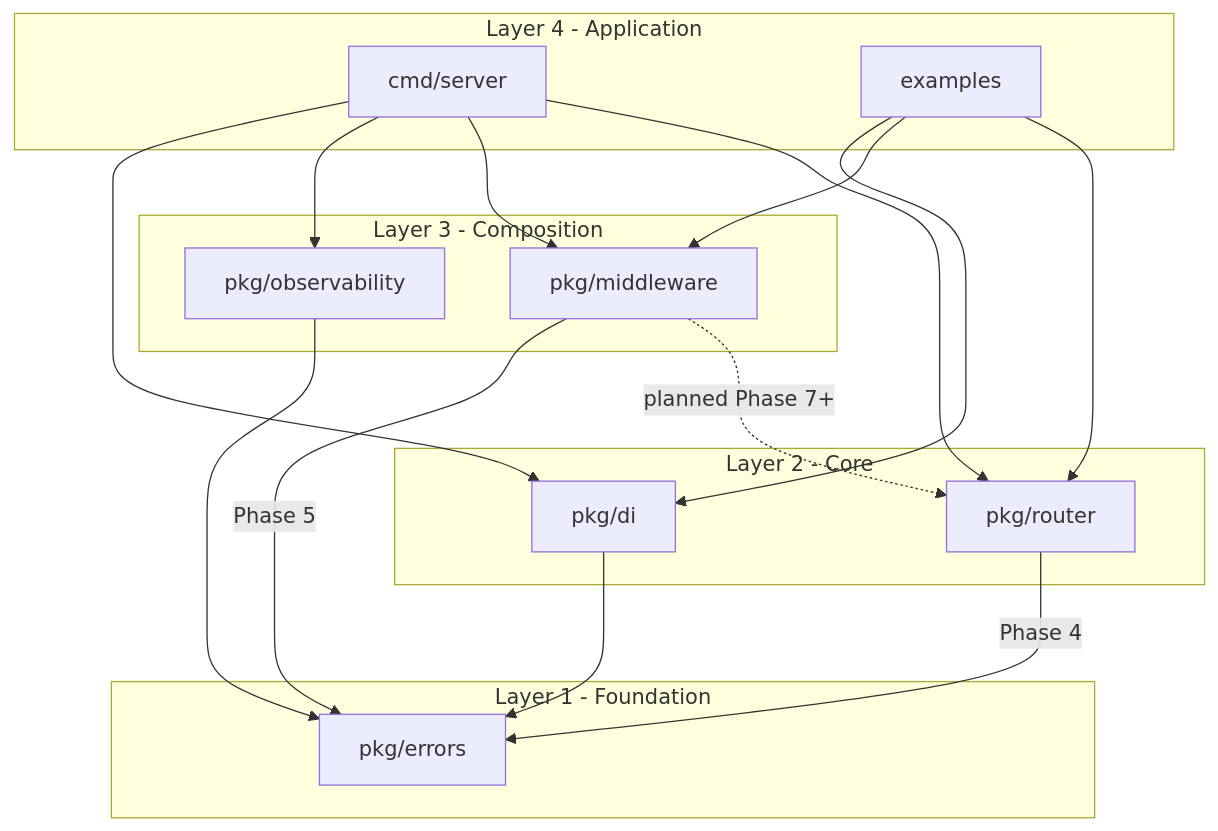
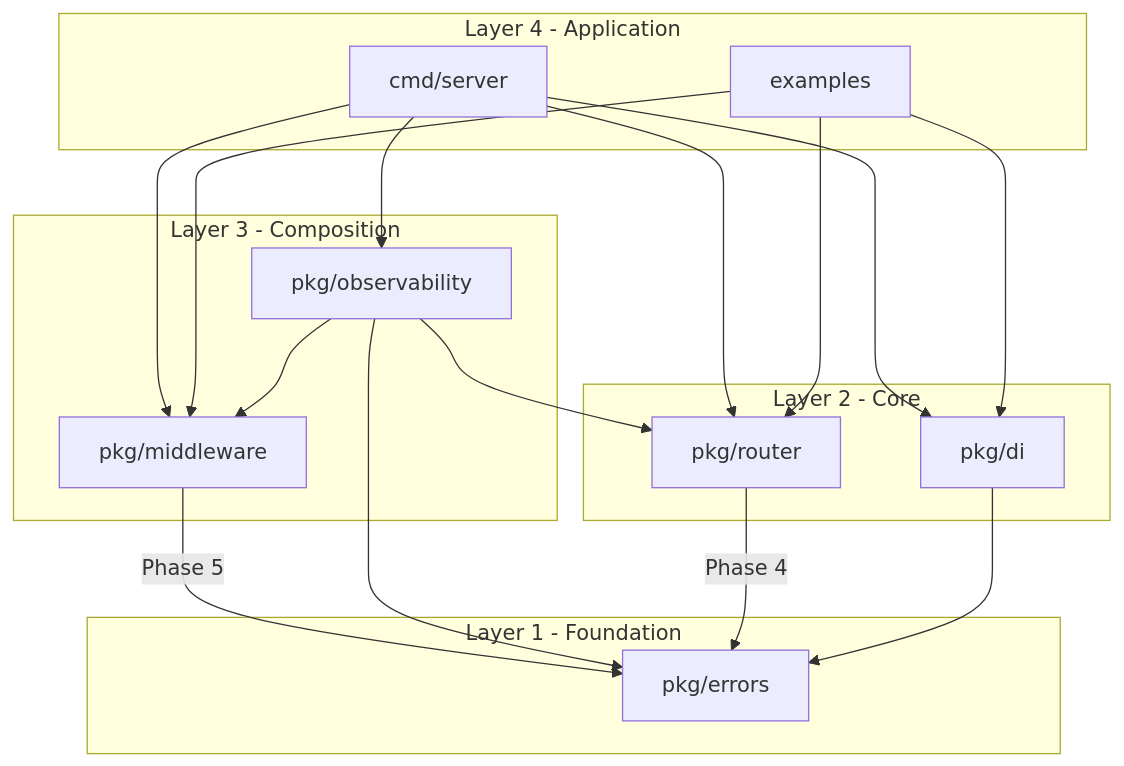
One commit to nsk-2003/lightweight-http changed the diagram in docs/design/packagedesign.md. Above: the diagram before and after it, drawn with Mermaid. The commit also changed other lines of this file and 14 other files, not shown here.

````diff
--- a/docs/design/packagedesign.md
+++ b/docs/design/packagedesign.md
@@ -12,31 +12,32 @@
 ```mermaid
 flowchart TB
   subgraph app [Layer 4 - Application]
     cmdMain[cmd/server]
     examplesPkg[examples]
   end
   subgraph composition [Layer 3 - Composition]
     middlewarePkg[pkg/middleware]
     observabilityPkg[pkg/observability]
   end
   subgraph core [Layer 2 - Core]
     routerPkg[pkg/router]
     diPkg[pkg/di]
   end
   subgraph foundation [Layer 1 - Foundation]
     errorsPkg[pkg/errors]
   end
 
   cmdMain --> routerPkg
   cmdMain --> middlewarePkg
   cmdMain --> observabilityPkg
   cmdMain --> diPkg
   examplesPkg --> routerPkg
   examplesPkg --> middlewarePkg
   examplesPkg --> diPkg
-  middlewarePkg -.->|planned Phase 7+| routerPkg
   middlewarePkg -->|Phase 5| errorsPkg
   observabilityPkg --> errorsPkg
+  observabilityPkg --> routerPkg
+  observabilityPkg --> middlewarePkg
   routerPkg -->|Phase 4| errorsPkg
   diPkg --> errorsPkg
 ```
````
